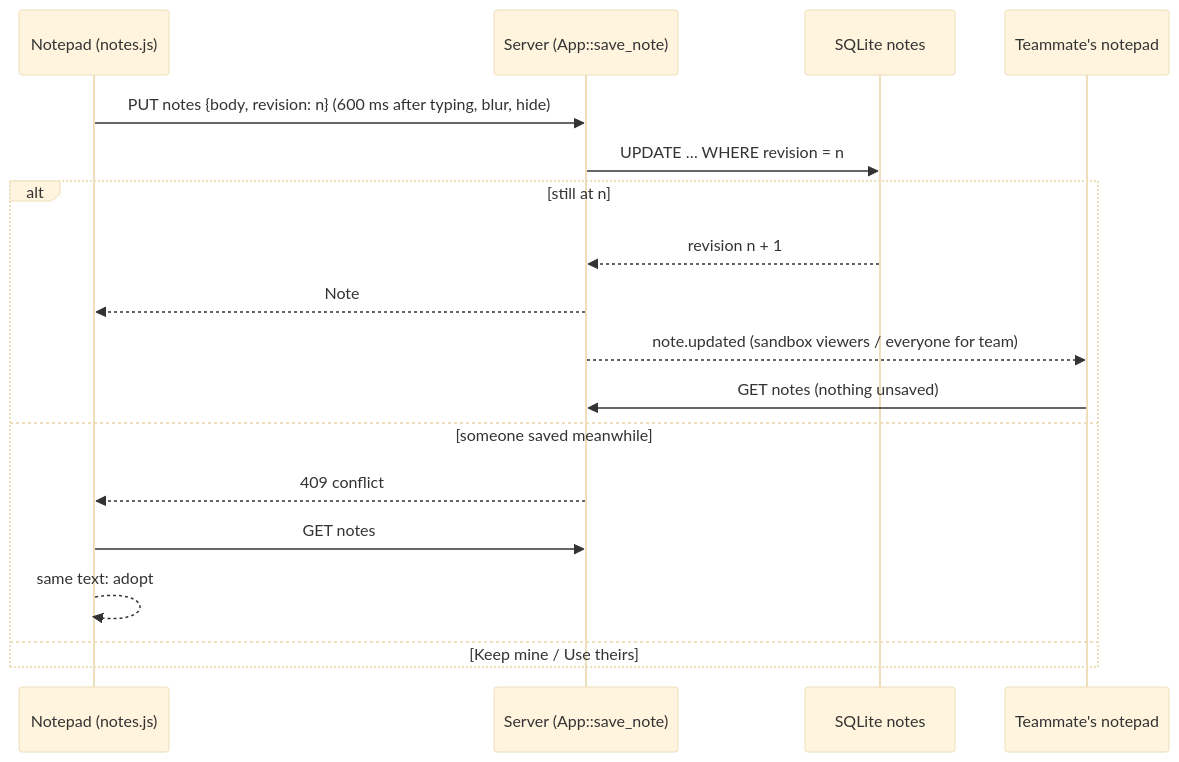
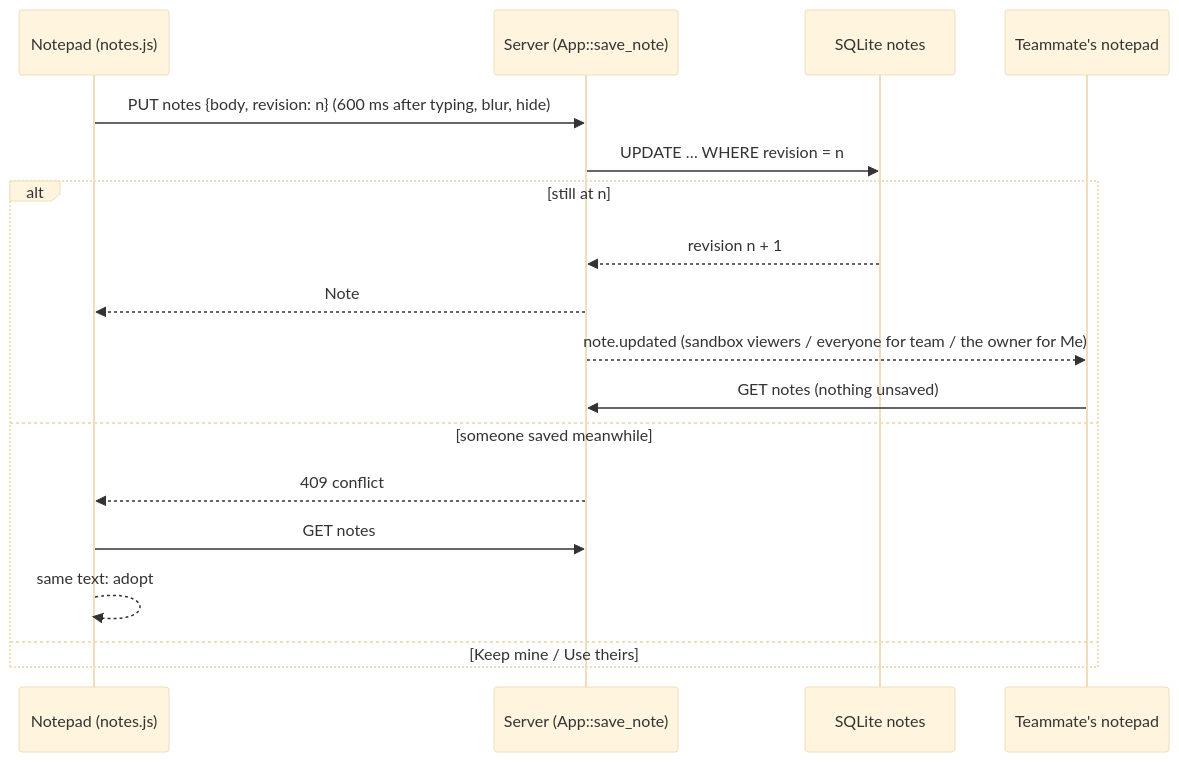
Before and after one commit to Quartio-Studio/yulius: diagram 16 of 17 in docs/architecture.md, drawn with Mermaid (base theme). The commit also changed other lines of this file and 19 other files, not shown here.

First line of the commit message:
feat(notes): add "me" after team that is for user and not visible for others but is sandbox-a… (#417)

````diff
--- a/docs/architecture.md
+++ b/docs/architecture.md
@@ -484,19 +488,19 @@
 ```mermaid
 sequenceDiagram
     participant A as Notepad (notes.js)
     participant S as Server (App::save_note)
     participant D as SQLite notes
     participant B as Teammate's notepad
     A->>S: PUT notes {body, revision: n} (600 ms after typing, blur, hide)
     S->>D: UPDATE … WHERE revision = n
     alt still at n
         D-->>S: revision n + 1
         S-->>A: Note
-        S-->>B: note.updated (sandbox viewers / everyone for team)
+        S-->>B: note.updated (sandbox viewers / everyone for team / the owner for Me)
         B->>S: GET notes (nothing unsaved)
     else someone saved meanwhile
         S-->>A: 409 conflict
         A->>S: GET notes
         A-->>A: same text: adopt; else Keep mine / Use theirs
     end
 ```
````
